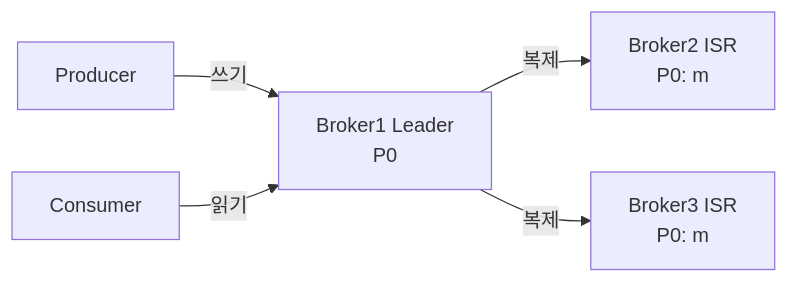
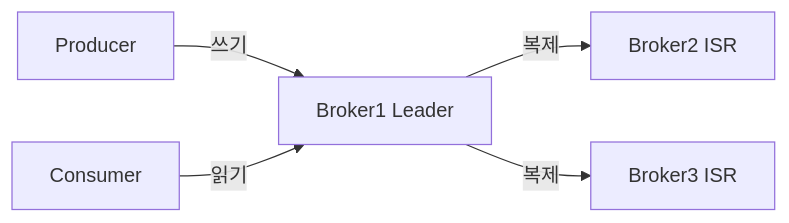
One commit to yjkim2015/yjkim2015.github.io changed the first of 8 diagrams in _posts/kafka/2026-05-01-kafka-replication.md. Above: the diagram before and after it, drawn with Mermaid. The commit also changed other lines of this file and 217 other files, not shown here.

First line of the commit message:
Mermaid 크기 수정: useMaxWidth:true + SVG max-width:100% + 라벨 축소

````diff
--- a/_posts/kafka/2026-05-01-kafka-replication.md
+++ b/_posts/kafka/2026-05-01-kafka-replication.md
@@ -24,7 +24,7 @@
 ```mermaid
 graph LR
-    PROD[Producer] -->|쓰기| L["Broker1 Leader\nP0"]
-    L -->|복제| F1["Broker2 ISR\nP0: m"]
-    L -->|복제| F2["Broker3 ISR\nP0: m"]
+    PROD[Producer] -->|쓰기| L["Broker1 Leader"]
+    L -->|복제| F1["Broker2 ISR"]
+    L -->|복제| F2["Broker3 ISR"]
     CONS[Consumer] -->|읽기| L
 ```
````
